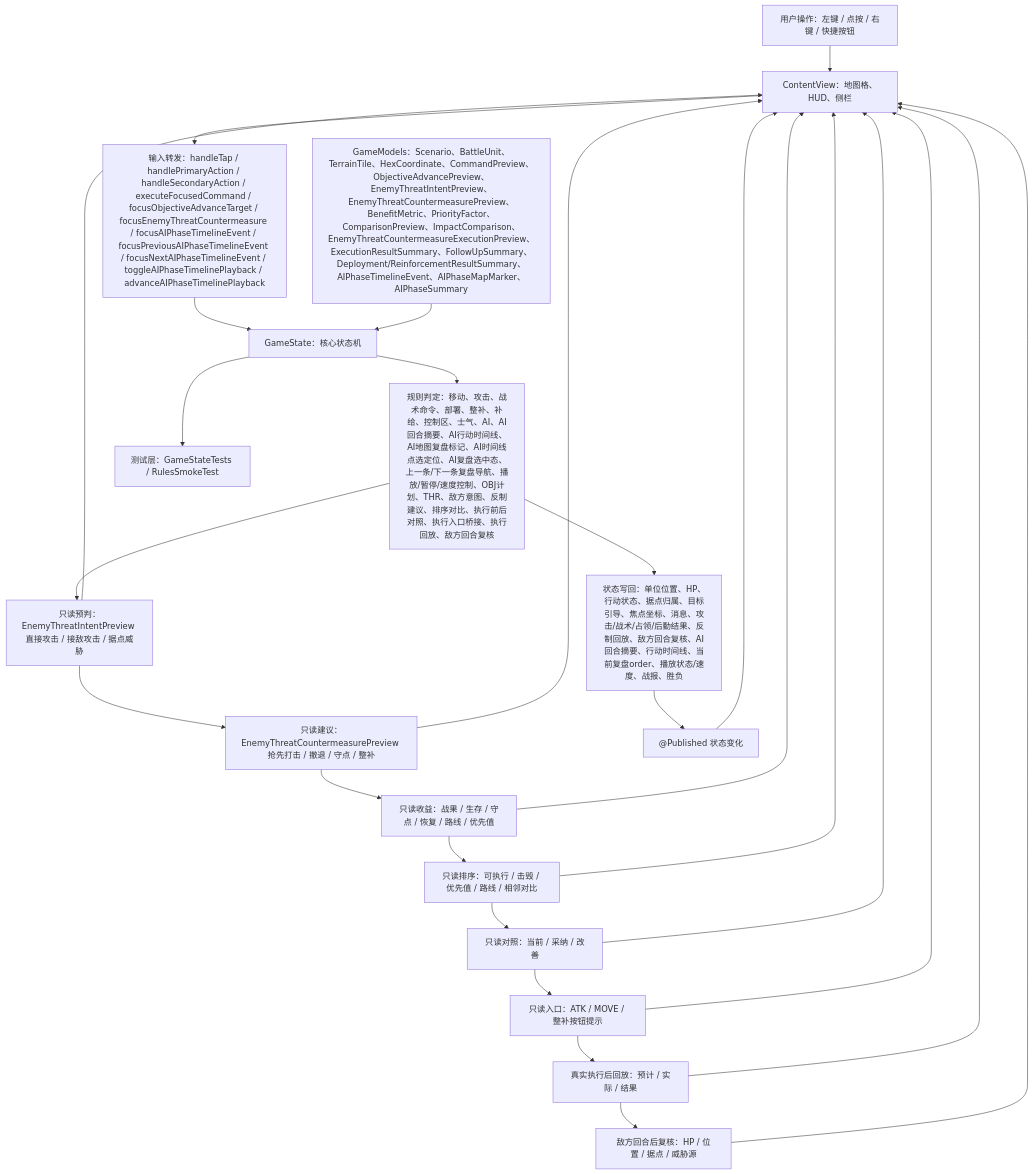
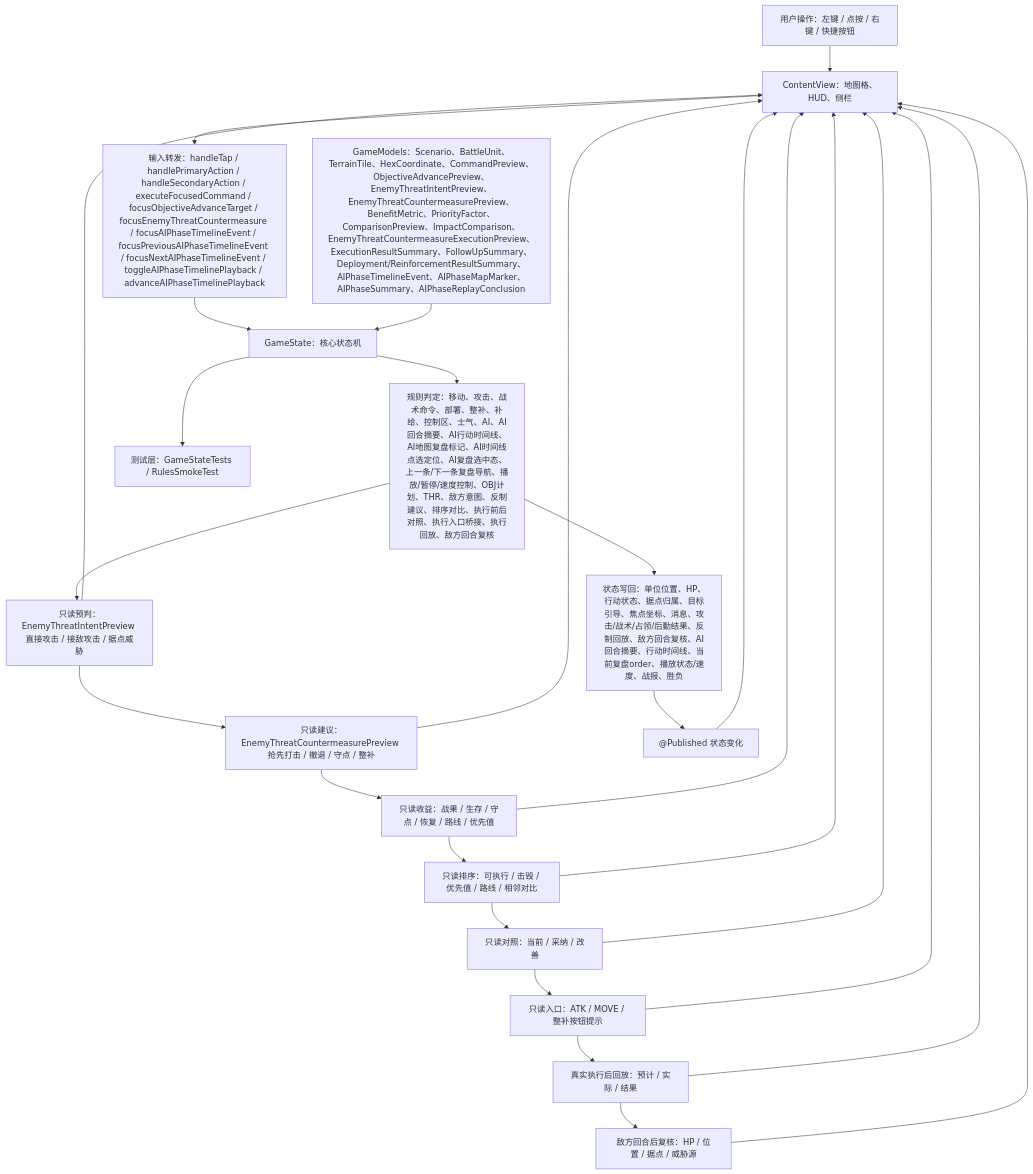
Before and after one commit to Altman-sam114/116: the first of 5 diagrams in md/flow/flowchart.md, drawn with Mermaid. The commit also changed other lines of this file and 10 other files, not shown here.

````diff
--- a/md/flow/flowchart.md
+++ b/md/flow/flowchart.md
@@ -9,28 +9,28 @@
 ```mermaid
 flowchart TD
   U["用户操作：左键 / 点按 / 右键 / 快捷按钮"] --> V["ContentView：地图格、HUD、侧栏"]
   V --> I["输入转发：handleTap / handlePrimaryAction / handleSecondaryAction / executeFocusedCommand / focusObjectiveAdvanceTarget / focusEnemyThreatCountermeasure / focusAIPhaseTimelineEvent / focusPreviousAIPhaseTimelineEvent / focusNextAIPhaseTimelineEvent / toggleAIPhaseTimelinePlayback / advanceAIPhaseTimelinePlayback"]
   I --> S["GameState：核心状态机"]
-  M["GameModels：Scenario、BattleUnit、TerrainTile、HexCoordinate、CommandPreview、ObjectiveAdvancePreview、EnemyThreatIntentPreview、EnemyThreatCountermeasurePreview、BenefitMetric、PriorityFactor、ComparisonPreview、ImpactComparison、EnemyThreatCountermeasureExecutionPreview、ExecutionResultSummary、FollowUpSummary、Deployment/ReinforcementResultSummary、AIPhaseTimelineEvent、AIPhaseMapMarker、AIPhaseSummary"] --> S
+  M["GameModels：Scenario、BattleUnit、TerrainTile、HexCoordinate、CommandPreview、ObjectiveAdvancePreview、EnemyThreatIntentPreview、EnemyThreatCountermeasurePreview、BenefitMetric、PriorityFactor、ComparisonPreview、ImpactComparison、EnemyThreatCountermeasureExecutionPreview、ExecutionResultSummary、FollowUpSummary、Deployment/ReinforcementResultSummary、AIPhaseTimelineEvent、AIPhaseMapMarker、AIPhaseSummary、AIPhaseReplayConclusion"] --> S
   S --> R["规则判定：移动、攻击、战术命令、部署、整补、补给、控制区、士气、AI、AI回合摘要、AI行动时间线、AI地图复盘标记、AI时间线点选定位、AI复盘选中态、上一条/下一条复盘导航、播放/暂停/速度控制、OBJ计划、THR、敌方意图、反制建议、排序对比、执行前后对照、执行入口桥接、执行回放、敌方回合复核"]
   R --> W["状态写回：单位位置、HP、行动状态、据点归属、目标引导、焦点坐标、消息、攻击/战术/占领/后勤结果、反制回放、敌方回合复核、AI回合摘要、行动时间线、当前复盘order、播放状态/速度、战报、胜负"]
   R --> EI["只读预判：EnemyThreatIntentPreview 直接攻击 / 接敌攻击 / 据点威胁"]
   EI --> EC["只读建议：EnemyThreatCountermeasurePreview 抢先打击 / 撤退 / 守点 / 整补"]
   EC --> BM["只读收益：战果 / 生存 / 守点 / 恢复 / 路线 / 优先值"]
   BM --> PC["只读排序：可执行 / 击毁 / 优先值 / 路线 / 相邻对比"]
   PC --> IP["只读对照：当前 / 采纳 / 改善"]
   IP --> EB["只读入口：ATK / MOVE / 整补按钮提示"]
   EB --> XR["真实执行后回放：预计 / 实际 / 结果"]
   XR --> FV["敌方回合后复核：HP / 位置 / 据点 / 威胁源"]
   W --> P["@Published 状态变化"]
   P --> V
   EI --> V
   EC --> V
   BM --> V
   PC --> V
   IP --> V
   EB --> V
   XR --> V
   FV --> V
   S --> T["测试层：GameStateTests / RulesSmokeTest"]
 ```
````
